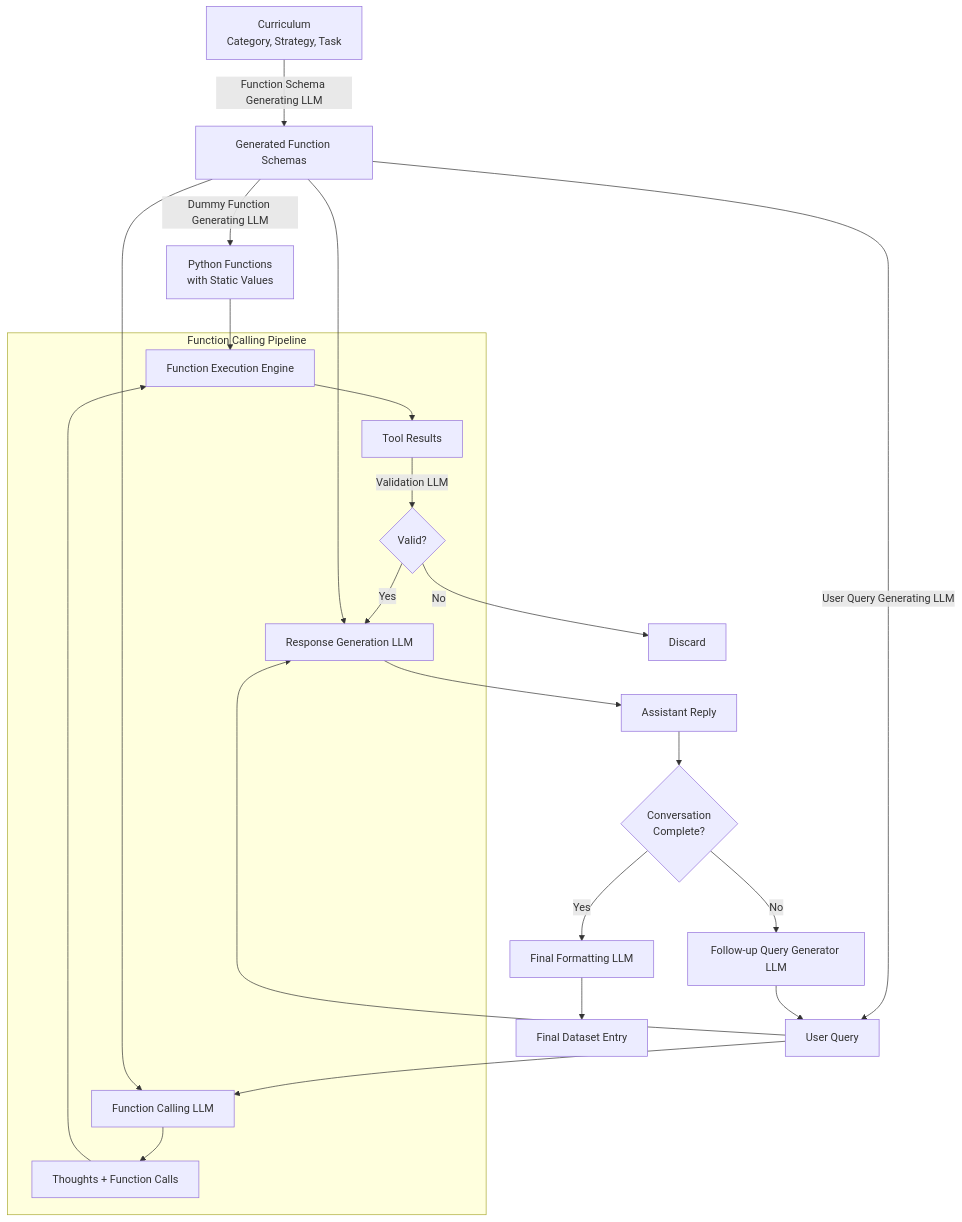
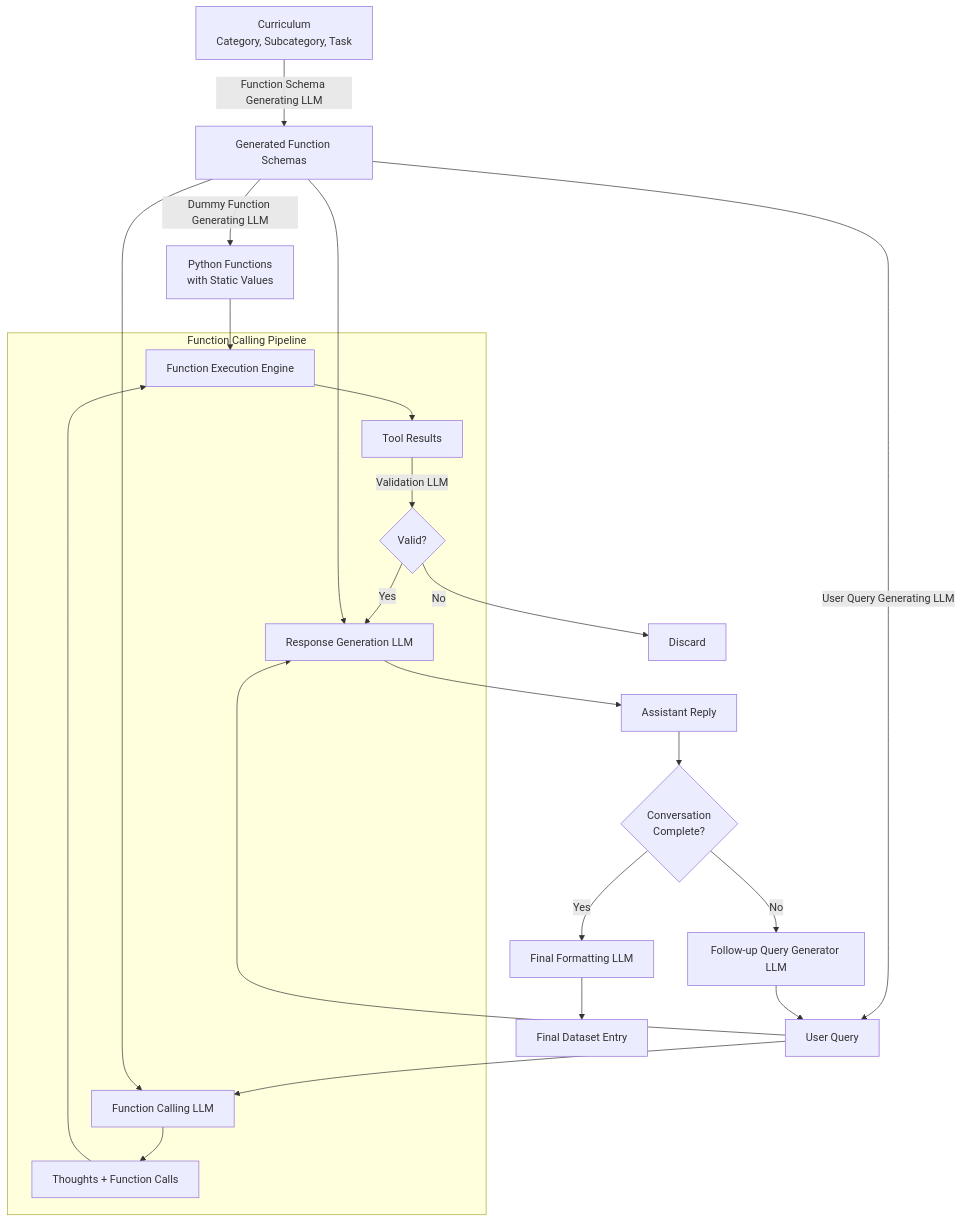
The diagram in README.md (AtakanTekparmak/chained-tool-datagen), drawn with Mermaid before and after one commit. The commit also changed 1 other file, not shown here.

Commit message:
feat: Minimal changes in schema generation

````diff
--- a/README.md
+++ b/README.md
@@ -4,29 +4,29 @@
 ```mermaid
 graph TD
-    A[Curriculum<br>Category, Strategy, Task] -->|Function Schema Generating LLM| B[Generated Function Schemas]
+    A[Curriculum<br>Category, Subcategory, Task] -->|Function Schema Generating LLM| B[Generated Function Schemas]
     B -->|Dummy Function Generating LLM| C[Python Functions<br>with Static Values]
     B -->|User Query Generating LLM| D[User Query]
     D & B --> E[Function Calling LLM]
     E --> F[Thoughts + Function Calls]
     F & C --> G[Function Execution Engine]
     G --> H[Tool Results]
     H -->|Validation LLM| I{Valid?}
     I -->|No| J[Discard]
     I -->|Yes| K[Response Generation LLM]
     B & D --> K
     K --> L[Assistant Reply]
     L --> M{Conversation<br>Complete?}
     M -->|No| N[Follow-up Query Generator LLM]
     N --> D
     M -->|Yes| O[Final Formatting LLM]
     O --> P[Final Dataset Entry]
 
     subgraph Function Calling Pipeline
         E
         F
         G
         H
         I
         K
     end
 ```
````
